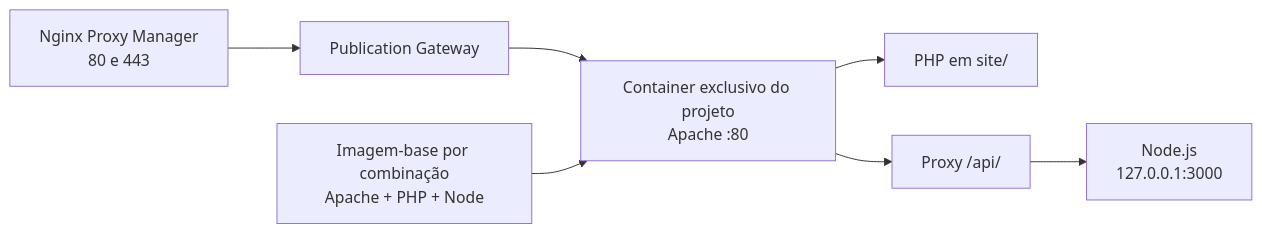
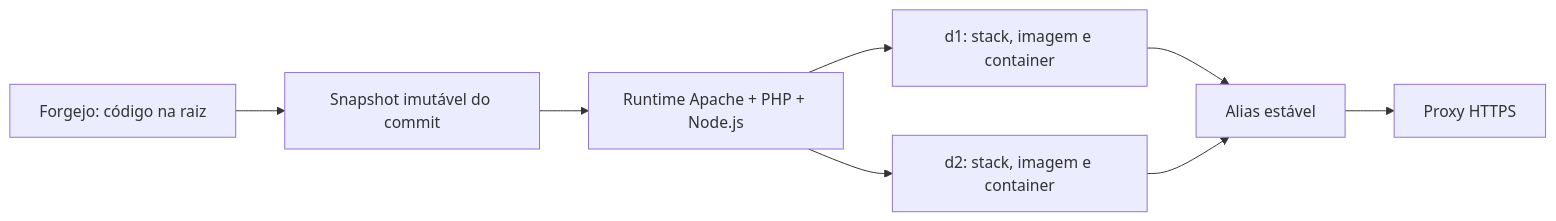
One commit to debianlima/cloudiff changed the diagram in docs/manual-tecnico/11-RUNTIME-UNIFICADO.md. Above: the diagram before and after it, drawn with Mermaid. The commit also changed other lines of this file and 30 other files, not shown here.

````diff
--- a/docs/manual-tecnico/11-RUNTIME-UNIFICADO.md
+++ b/docs/manual-tecnico/11-RUNTIME-UNIFICADO.md
@@ -9,13 +5,10 @@
 ```mermaid
 flowchart LR
-  N[Nginx Proxy Manager
-80 e 443] --> G[Publication Gateway]
-  G --> A[Container exclusivo do projeto
-Apache :80]
-  A --> P[PHP em site/]
-  A --> J[Proxy /api/]
-  J --> NODE[Node.js
-127.0.0.1:3000]
-  B[Imagem-base por combinação
-Apache + PHP + Node] --> A
+  G[Forgejo: código na raiz] --> S[Snapshot imutável do commit]
+  S --> R[Runtime Apache + PHP + Node.js]
+  R --> D1[d1: stack, imagem e container]
+  R --> D2[d2: stack, imagem e container]
+  D1 --> A[Alias estável]
+  D2 --> A
+  A --> P[Proxy HTTPS]
 ```
````
